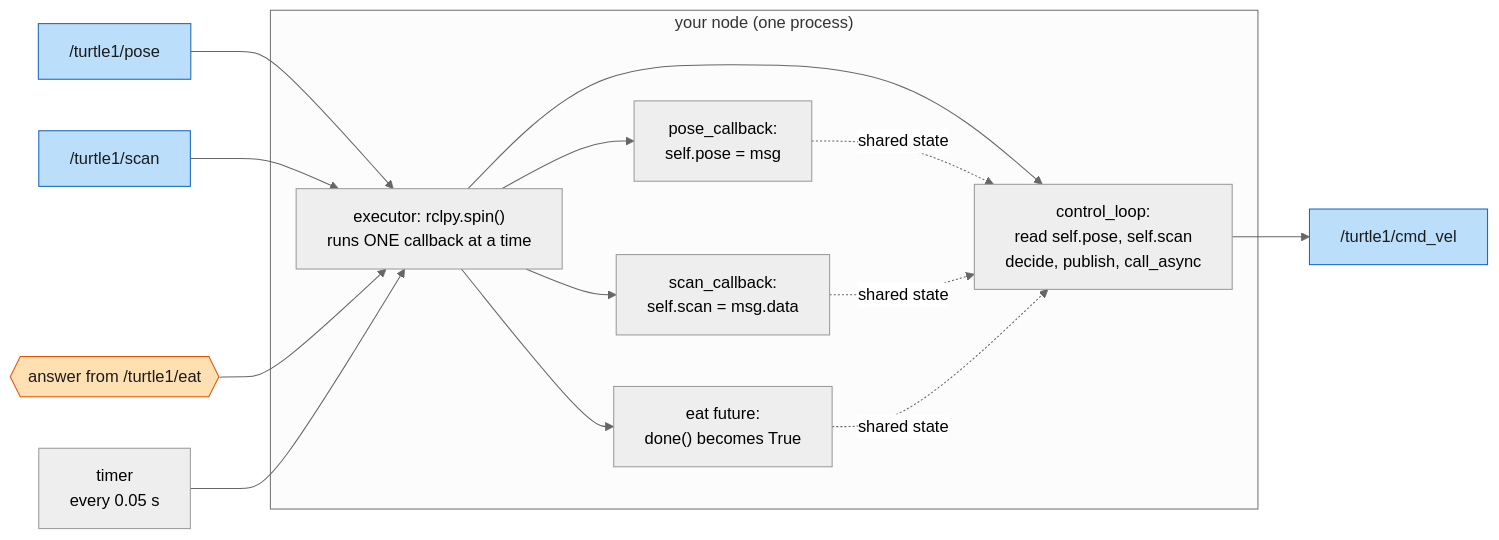
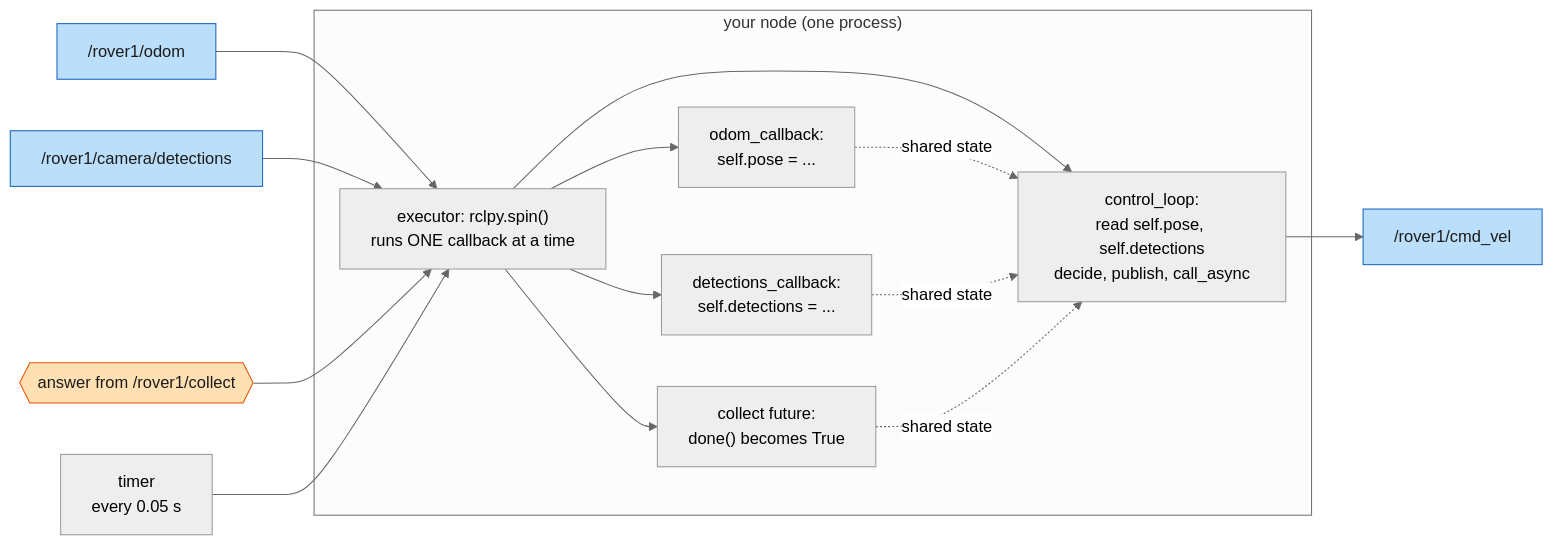
One commit to kittinook/ros2_tutorial changed the tenth of 14 diagrams in ARCHITECTURE.md. Above: the diagram before and after it, drawn with Mermaid (neutral theme). The commit also changed other lines of this file and 183 other files, not shown here.

First line of the commit message:
Replace Turtle Quest with Mars Rover Academy

````diff
--- a/ARCHITECTURE.md
+++ b/ARCHITECTURE.md
@@ -233,20 +262,20 @@
 ```mermaid
 flowchart LR
     classDef topic fill:#bbdefb,stroke:#1565c0,color:#1b1b1b
     classDef srv fill:#ffe0b2,stroke:#e65100,color:#1b1b1b
-    IN1["/turtle1/pose"]:::topic --> EX
-    IN2["/turtle1/scan"]:::topic --> EX
-    IN3{{"answer from /turtle1/eat"}}:::srv --> EX
+    IN1["/rover1/odom"]:::topic --> EX
+    IN2["/rover1/camera/detections"]:::topic --> EX
+    IN3{{"answer from /rover1/collect"}}:::srv --> EX
     TICK["timer<br/>every 0.05 s"] --> EX
     subgraph NODE["your node (one process)"]
         EX["executor: rclpy.spin()<br/>runs ONE callback at a time"]
-        EX --> CB1["pose_callback:<br/>self.pose = msg"]
-        EX --> CB2["scan_callback:<br/>self.scan = msg.data"]
-        EX --> CB3["eat future:<br/>done() becomes True"]
-        EX --> LOOP["control_loop:<br/>read self.pose, self.scan<br/>decide, publish, call_async"]
+        EX --> CB1["odom_callback:<br/>self.pose = ..."]
+        EX --> CB2["detections_callback:<br/>self.detections = ..."]
+        EX --> CB3["collect future:<br/>done() becomes True"]
+        EX --> LOOP["control_loop:<br/>read self.pose, self.detections<br/>decide, publish, call_async"]
         CB1 -. "shared state" .-> LOOP
         CB2 -. "shared state" .-> LOOP
         CB3 -. "shared state" .-> LOOP
     end
-    LOOP --> OUT["/turtle1/cmd_vel"]:::topic
+    LOOP --> OUT["/rover1/cmd_vel"]:::topic
 ```
````
